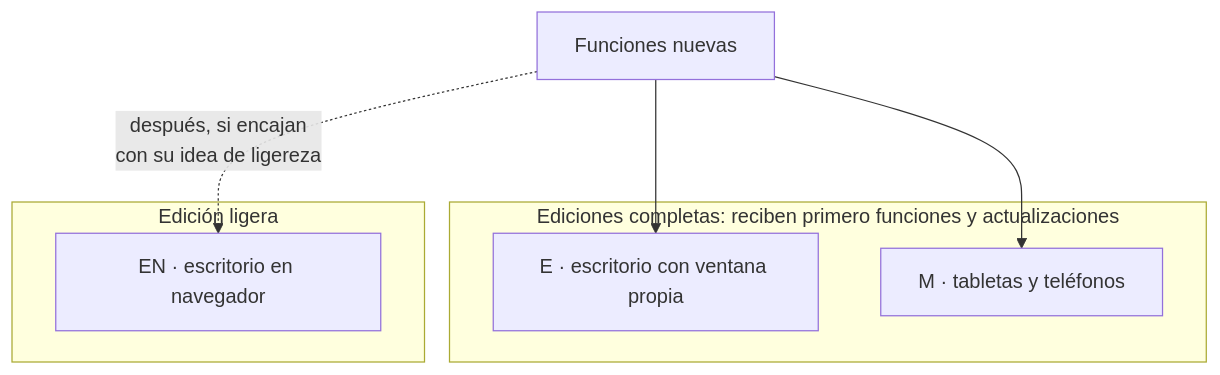
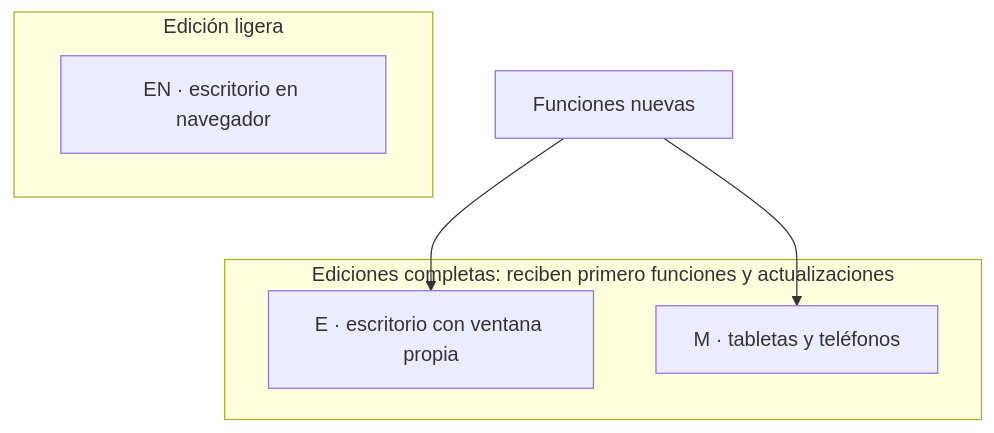
The first of 2 diagrams in 10 Ediciones y versiones.md (Anton-Bazh/MARC-DOC), drawn with Mermaid before and after one commit. The commit also changed other lines of this file and 4 other files, not shown here.

````diff
--- a/10 Ediciones y versiones.md
+++ b/10 Ediciones y versiones.md
@@ -13,12 +13,11 @@
 ```mermaid
 flowchart TB
     subgraph Potentes["Ediciones completas: reciben primero funciones y actualizaciones"]
         E["E · escritorio con ventana propia"]
         M["M · tabletas y teléfonos"]
     end
     subgraph Ligera["Edición ligera"]
         EN["EN · escritorio en navegador"]
     end
     F["Funciones nuevas"] --> E & M
-    F -. "después, si encajan<br/>con su idea de ligereza" .-> EN
 ```
````
